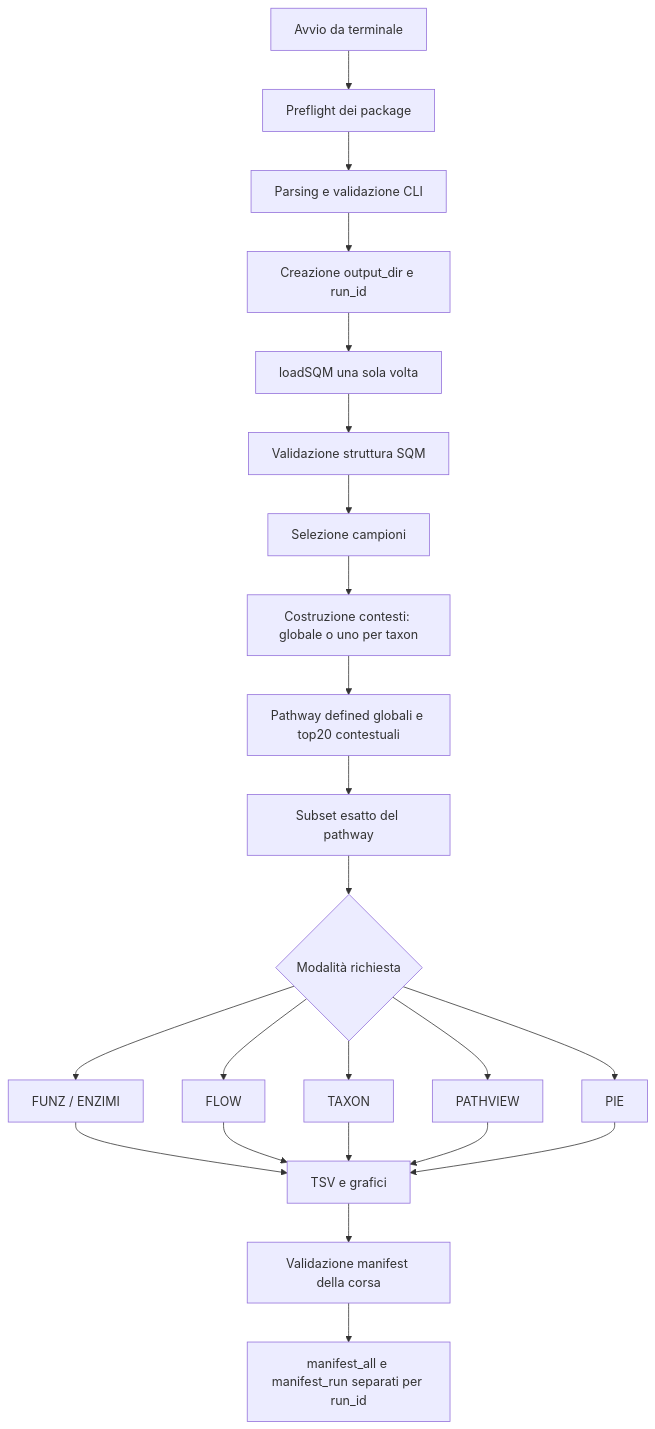
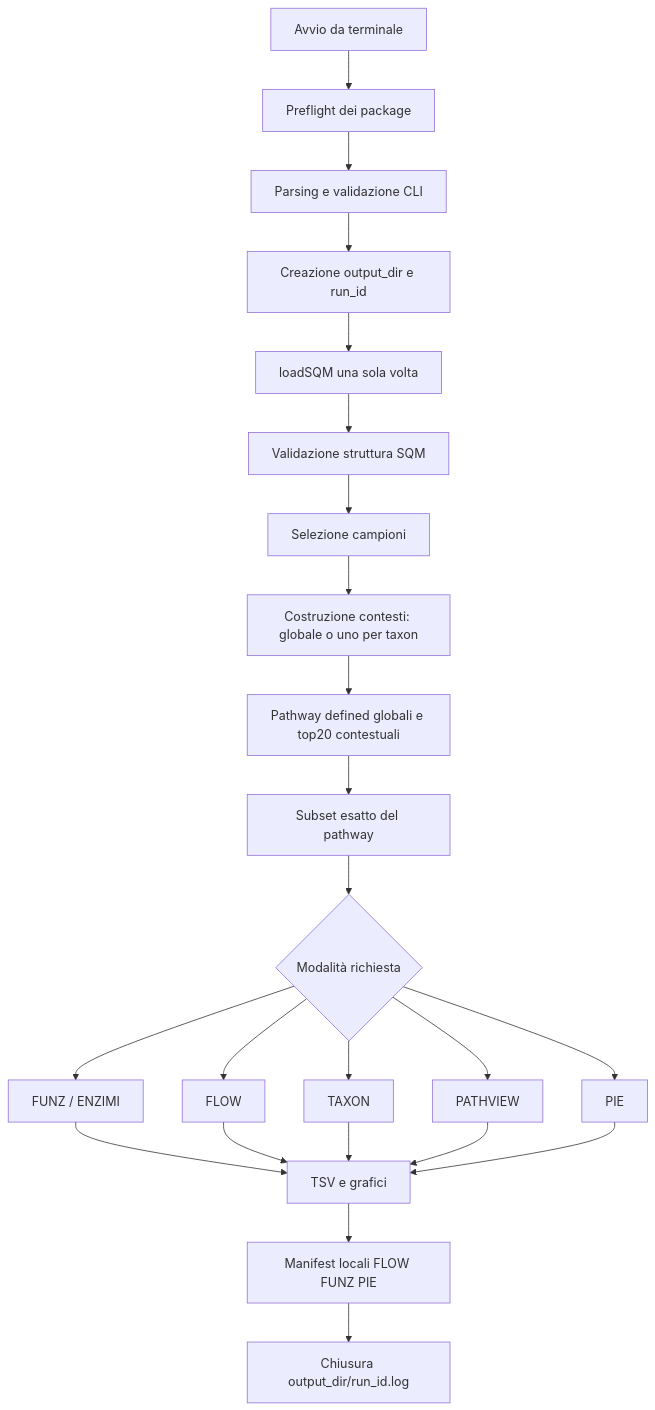
One commit to Di-Gregorio-s-Lab/SQM_to_R_image changed the diagram in GUIDA_LOGICA_SQM_PLOTS.md. Above: the diagram before and after it, drawn with Mermaid. The commit also changed other lines of this file and 5 other files, not shown here.

````diff
--- a/GUIDA_LOGICA_SQM_PLOTS.md
+++ b/GUIDA_LOGICA_SQM_PLOTS.md
@@ -52,25 +52,25 @@
 ```mermaid
 flowchart TD
     A[Avvio da terminale] --> B[Preflight dei package]
     B --> C[Parsing e validazione CLI]
     C --> D[Creazione output_dir e run_id]
     D --> E[loadSQM una sola volta]
     E --> F[Validazione struttura SQM]
     F --> G[Selezione campioni]
     G --> H[Costruzione contesti: globale o uno per taxon]
     H --> I[Pathway defined globali e top20 contestuali]
     I --> J[Subset esatto del pathway]
     J --> K{Modalità richiesta}
     K --> L[FUNZ / ENZIMI]
     K --> M[FLOW]
     K --> N[TAXON]
     K --> O[PATHVIEW]
     K --> P[PIE]
     L --> Q[TSV e grafici]
     M --> Q
     N --> Q
     O --> Q
     P --> Q
-    Q --> R[Validazione manifest della corsa]
-    R --> S[manifest_all e manifest_run separati per run_id]
+    Q --> R[Manifest locali FLOW FUNZ PIE]
+    R --> S[Chiusura output_dir/run_id.log]
 ```
````
